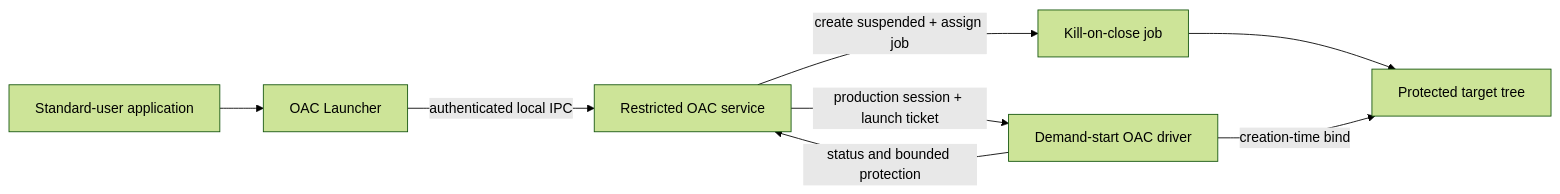
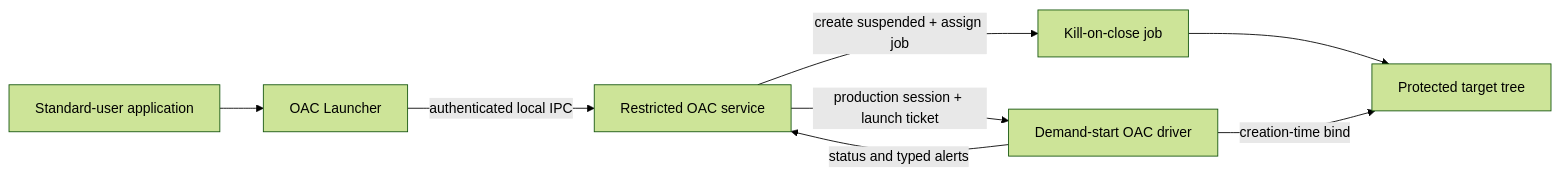
Before and after one commit to lauralex/OAC: the diagram in README.md, drawn with Mermaid (forest theme). The commit also changed other lines of this file and 29 other files, not shown here.

````diff
--- a/README.md
+++ b/README.md
@@ -39,10 +39,10 @@
 ```mermaid
 flowchart LR
     User["Standard-user application"] --> Launcher["OAC Launcher"]
     Launcher -->|"authenticated local IPC"| Service["Restricted OAC service"]
     Service -->|"production session + launch ticket"| Driver["Demand-start OAC driver"]
     Service -->|"create suspended + assign job"| Job["Kill-on-close job"]
     Job --> Target["Protected target tree"]
     Driver -->|"creation-time bind"| Target
-    Driver -->|"status and bounded protection"| Service
+    Driver -->|"status and typed alerts"| Service
 ```
````
